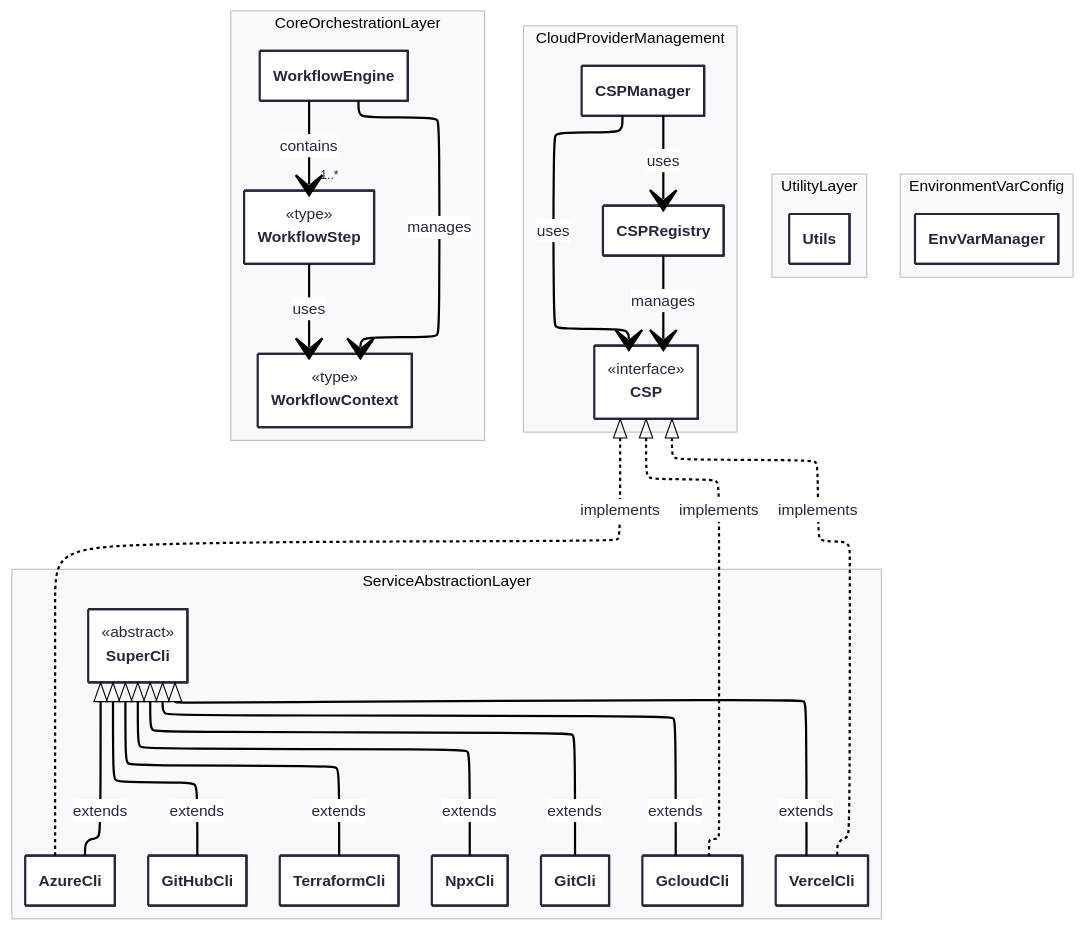
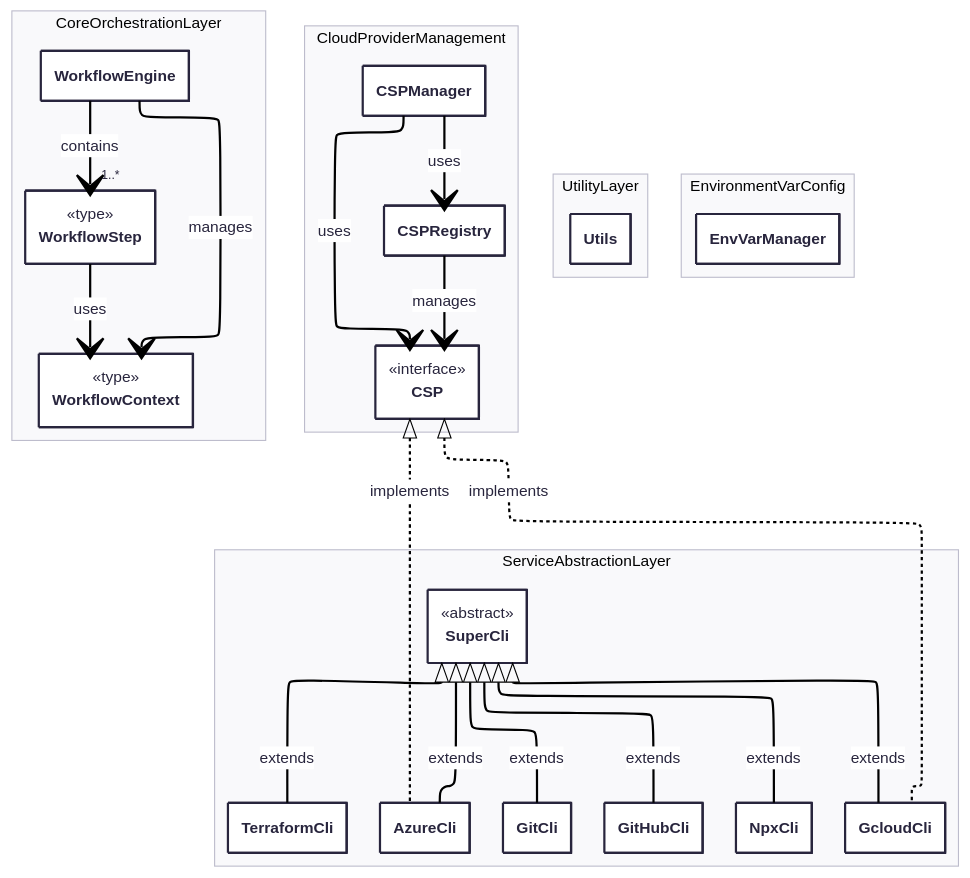
Before and after one commit to oscarmarcussen/master_diagram: the diagram in class_diagram_new.mmd, drawn with Mermaid. The commit also changed 1 other file, not shown here.

```diff
--- a/class_diagram_new.mmd
+++ b/class_diagram_new.mmd
@@ -1,72 +1,68 @@
 ---
 config:
   theme: redux
   look: classic
   layout: elk
   class:
     hideEmptyMembersBox: true
 ---
 classDiagram
 direction TB
 	namespace CoreOrchestrationLayer {
         class WorkflowEngine {
         }
         class WorkflowStep {
         }
         class WorkflowContext {
         }
 	}
 	namespace CloudProviderManagement {
         class CSPManager {
         }
         class CSPRegistry {
         }
         class CSP {
         }
 	}
 	namespace ServiceAbstractionLayer {
         class SuperCli {
         }
-        class AzureCli {
-        }
-        class GcloudCli {
-        }
-        class VercelCli {
-        }
         class GitHubCli {
         }
         class TerraformCli {
         }
         class GitCli {
         }
         class NpxCli {
+        }
+        class AzureCli {
+        }
+        class GcloudCli {
         }
 	}
 	namespace UtilityLayer {
         class Utils {
         }
 	}
 	namespace EnvironmentVarConfig {
         class EnvVarManager {
         }
 	}
 	<<type>> WorkflowStep
 	<<type>> WorkflowContext
 	<<interface>> CSP
 	<<abstract>> SuperCli
         WorkflowEngine --> "1..*" WorkflowStep : contains
         WorkflowEngine --> WorkflowContext : manages
         WorkflowStep --> WorkflowContext : uses
         SuperCli <|-- GitCli : extends
         SuperCli <|-- GitHubCli : extends
         SuperCli <|-- TerraformCli : extends
         SuperCli <|-- NpxCli : extends
         SuperCli <|-- GcloudCli : extends
-        SuperCli <|-- VercelCli : extends
         SuperCli <|-- AzureCli : extends
         CSP <|.. GcloudCli : implements
-        CSP <|.. VercelCli : implements
         CSP <|.. AzureCli : implements
         CSPManager --> CSPRegistry : uses
         CSPRegistry --> CSP : manages
         CSPManager --> CSP : uses
```
